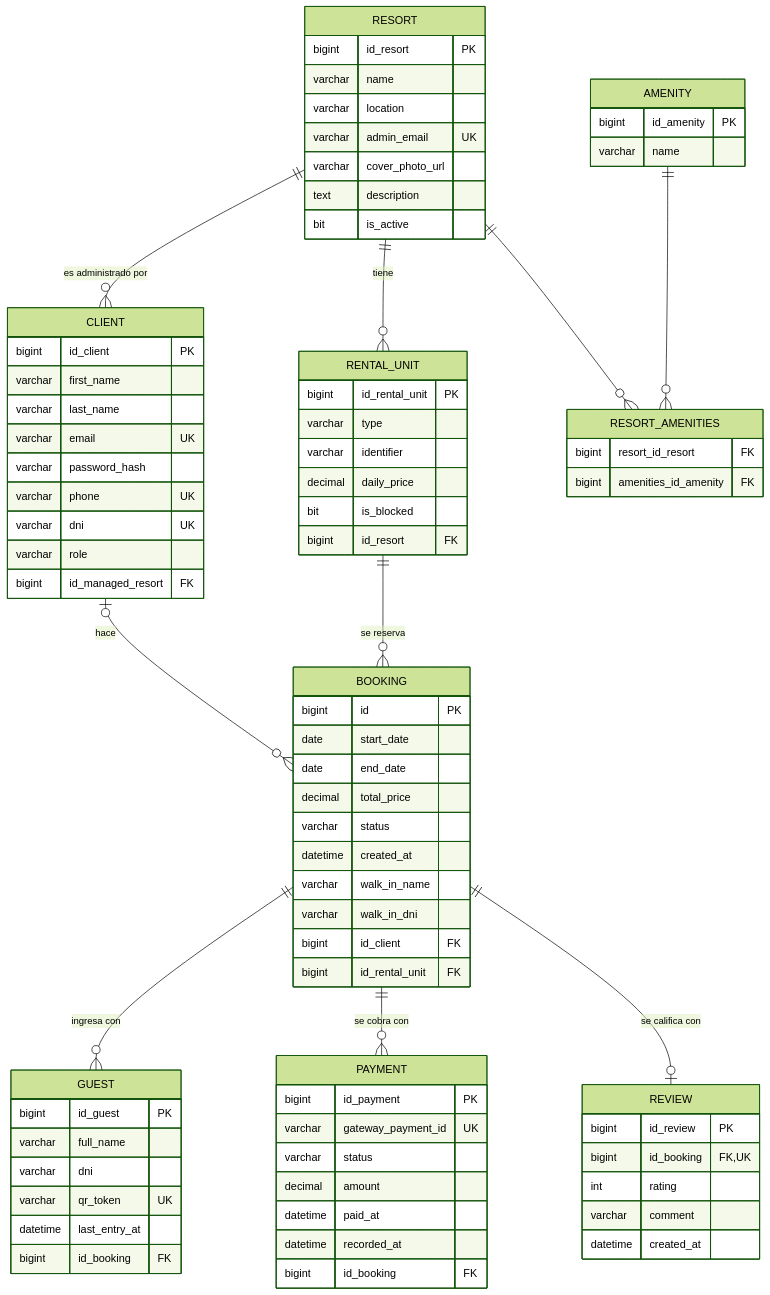
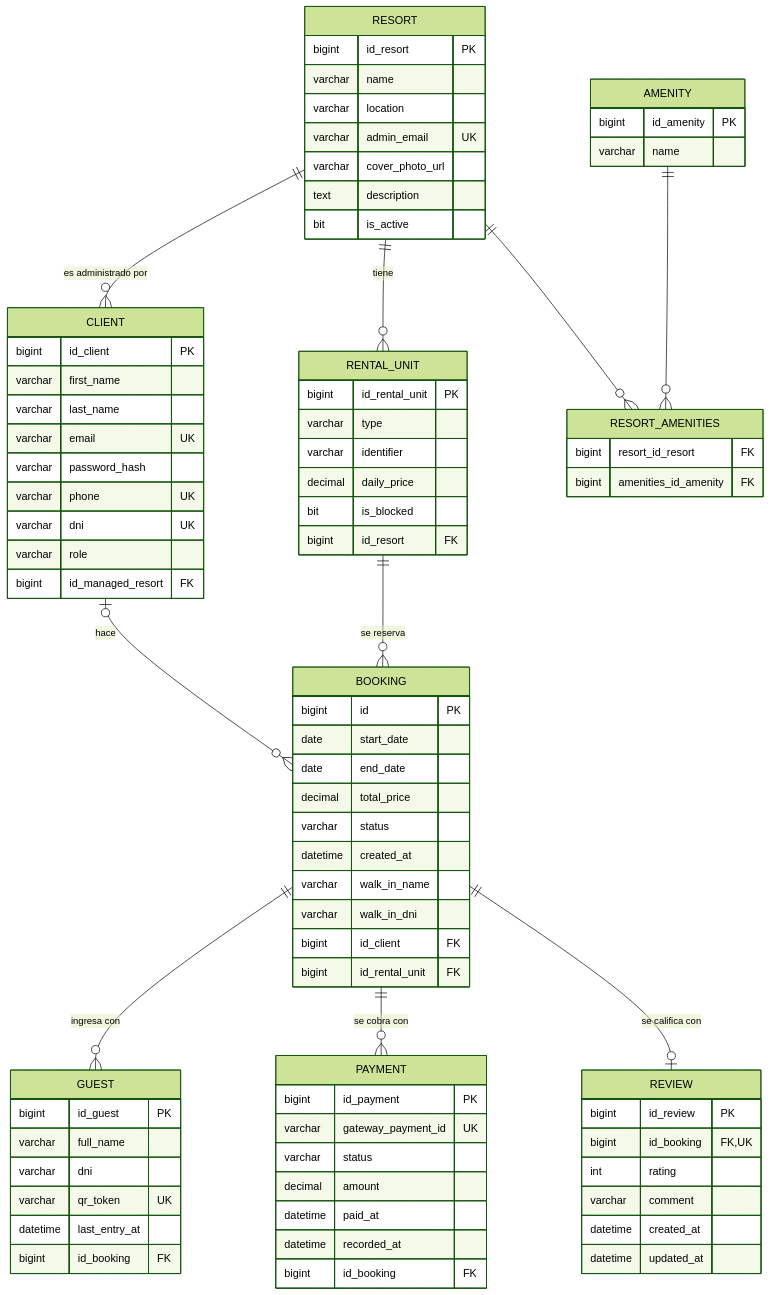
One commit to francejas/Zolea changed the second of 2 diagrams in docs/modelo-de-datos.md. Above: the diagram before and after it, drawn with Mermaid (forest theme). The commit also changed 78 other files, not shown here.

```diff
--- a/docs/modelo-de-datos.md
+++ b/docs/modelo-de-datos.md
@@ -213,6 +213,7 @@
         int rating
         varchar comment
         datetime created_at
+        datetime updated_at
     }
 
     AMENITY {
```
